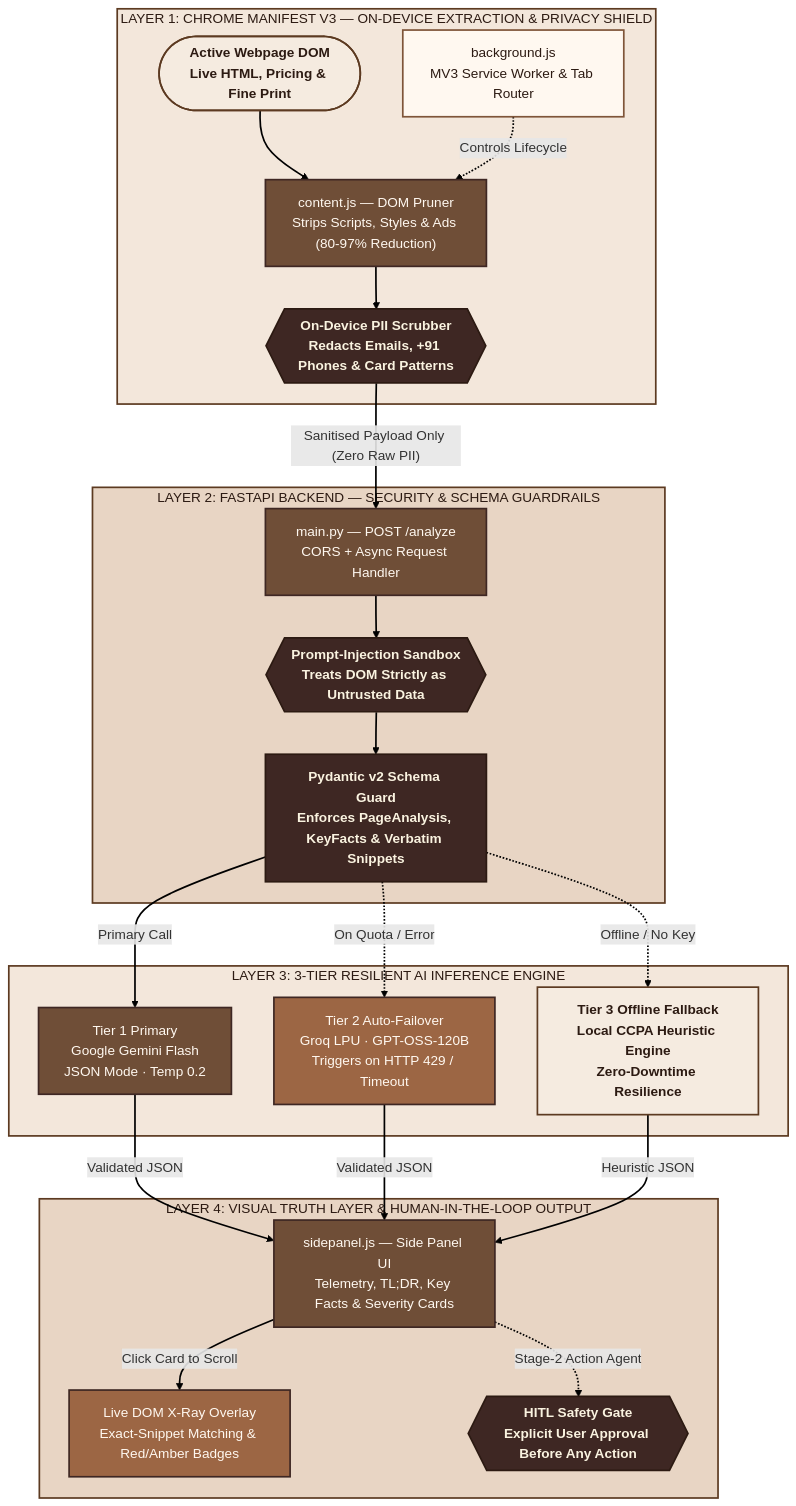
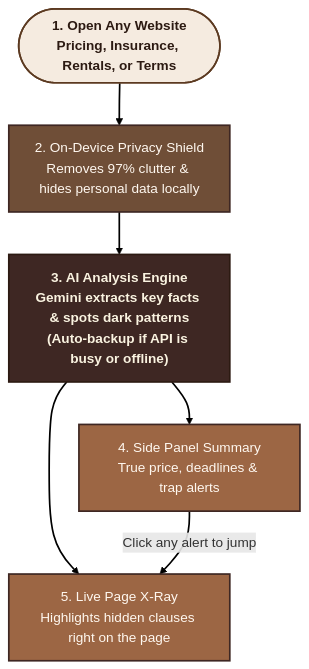
Before and after one commit to samios07/GlassWeb: the diagram in README.md, drawn with Mermaid.

Commit message:
Simplify architecture flowchart for clarity

````diff
--- a/README.md
+++ b/README.md
@@ -46,54 +46,20 @@
 ```mermaid
 flowchart TB
-    subgraph L1["LAYER 1: CHROME MANIFEST V3 — ON-DEVICE EXTRACTION & PRIVACY SHIELD"]
-        A(["Active Webpage DOM<br/>Live HTML, Pricing & Fine Print"]) --> B["content.js — DOM Pruner<br/>Strips Scripts, Styles & Ads (80-97% Reduction)"]
-        B --> C{{"On-Device PII Scrubber<br/>Redacts Emails, +91 Phones & Card Patterns"}}
-        SW["background.js<br/>MV3 Service Worker & Tab Router"] -.->|"Controls Lifecycle"| B
-    end
-
-    subgraph L2["LAYER 2: FASTAPI BACKEND — SECURITY & SCHEMA GUARDRAILS"]
-        D["main.py — POST /analyze<br/>CORS + Async Request Handler"] --> E{{"Prompt-Injection Sandbox<br/>Treats DOM Strictly as Untrusted Data"}}
-        E --> F["Pydantic v2 Schema Guard<br/>Enforces PageAnalysis, KeyFacts & Verbatim Snippets"]
-    end
-
-    subgraph L3["LAYER 3: 3-TIER RESILIENT AI INFERENCE ENGINE"]
-        G["Tier 1 Primary<br/>Google Gemini Flash<br/>JSON Mode · Temp 0.2"]
-        H["Tier 2 Auto-Failover<br/>Groq LPU · GPT-OSS-120B<br/>Triggers on HTTP 429 / Timeout"]
-        I["Tier 3 Offline Fallback<br/>Local CCPA Heuristic Engine<br/>Zero-Downtime Resilience"]
-    end
-
-    subgraph L4["LAYER 4: VISUAL TRUTH LAYER & HUMAN-IN-THE-LOOP OUTPUT"]
-        J["sidepanel.js — Side Panel UI<br/>Telemetry, TL;DR, Key Facts & Severity Cards"]
-        K["Live DOM X-Ray Overlay<br/>Exact-Snippet Matching & Red/Amber Badges"]
-        L{{"HITL Safety Gate<br/>Explicit User Approval Before Any Action"}}
-        J -->|"Click Card to Scroll"| K
-        J -.->|"Stage-2 Action Agent"| L
-    end
-
-    C -->|"Sanitised Payload Only (Zero Raw PII)"| D
-    F -->|"Primary Call"| G
-    F -.->|"On Quota / Error"| H
-    F -.->|"Offline / No Key"| I
-    G -->|"Validated JSON"| J
-    H -->|"Validated JSON"| J
-    I -->|"Heuristic JSON"| J
+    A(["1. Open Any Website<br/>Pricing, Insurance, Rentals, or Terms"]) --> B["2. On-Device Privacy Shield<br/>Removes 97% clutter & hides personal data locally"]
+    B --> C["3. AI Analysis Engine<br/>Gemini extracts key facts & spots dark patterns<br/>(Auto-backup if API is busy or offline)"]
+    C --> D["4. Side Panel Summary<br/>True price, deadlines & trap alerts"]
+    C --> E["5. Live Page X-Ray<br/>Highlights hidden clauses right on the page"]
+    D -->|"Click any alert to jump"| E
 
     classDef espresso fill:#3E2723,stroke:#2C1A12,stroke-width:2px,color:#FAF3E0,font-weight:bold
     classDef mocha fill:#6F4E37,stroke:#3E2723,stroke-width:2px,color:#FFF8F0
     classDef caramel fill:#9C6644,stroke:#3E2723,stroke-width:2px,color:#FFF8F0
     classDef beige fill:#F5EBE0,stroke:#5C3A21,stroke-width:2px,color:#2C1A12,font-weight:bold
-    classDef cream fill:#FFF8F0,stroke:#7F5539,stroke-width:2px,color:#2C1A12
 
-    class C,E,F,L espresso
-    class B,D,G,J mocha
-    class H,K caramel
-    class A,I beige
-    class SW cream
-
-    style L1 fill:#F3E7DB,stroke:#5C3A21,stroke-width:2px,color:#2C1A12
-    style L2 fill:#E8D5C4,stroke:#5C3A21,stroke-width:2px,color:#2C1A12
-    style L3 fill:#F3E7DB,stroke:#5C3A21,stroke-width:2px,color:#2C1A12
-    style L4 fill:#E8D5C4,stroke:#5C3A21,stroke-width:2px,color:#2C1A12
+    class A beige
+    class B mocha
+    class C espresso
+    class D,E caramel
 
     linkStyle default stroke:#000000,stroke-width:2px
 ```
````
